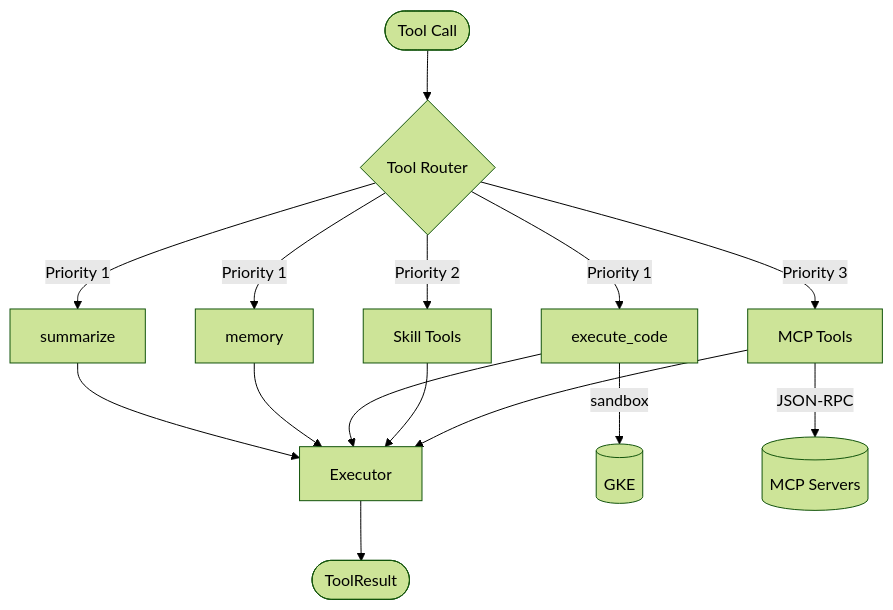
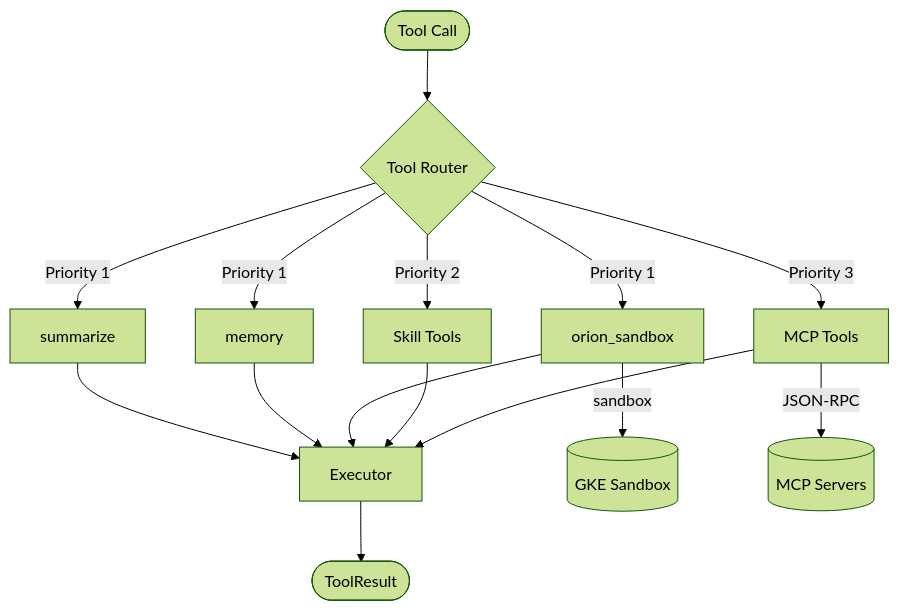
One commit to sidart10/orion-slackbot changed the fourth of 7 diagrams in docs/architecture-diagrams.md. Above: the diagram before and after it, drawn with Mermaid (forest theme). The commit also changed other lines of this file and 81 other files, not shown here.

````diff
--- a/docs/architecture-diagrams.md
+++ b/docs/architecture-diagrams.md
@@ -165,23 +165,23 @@
 ```mermaid
 graph TD
     Call([Tool Call]) --> Router{Tool Router}
 
     Router -->|Priority 1| S1[summarize]
     Router -->|Priority 1| S2[memory]
-    Router -->|Priority 1| S3[execute_code]
+    Router -->|Priority 1| S3[orion_sandbox]
 
     Router -->|Priority 2| SK1[Skill Tools]
 
     Router -->|Priority 3| M1[MCP Tools]
 
     S1 --> Exec[Executor]
     S2 --> Exec
     S3 --> Exec
     SK1 --> Exec
     M1 --> Exec
 
     Exec --> Result([ToolResult])
 
-    S3 -->|sandbox| GKE[(GKE)]
+    S3 -->|sandbox| GKE[(GKE Sandbox)]
     M1 -->|JSON-RPC| MCP[(MCP Servers)]
 ```
````
